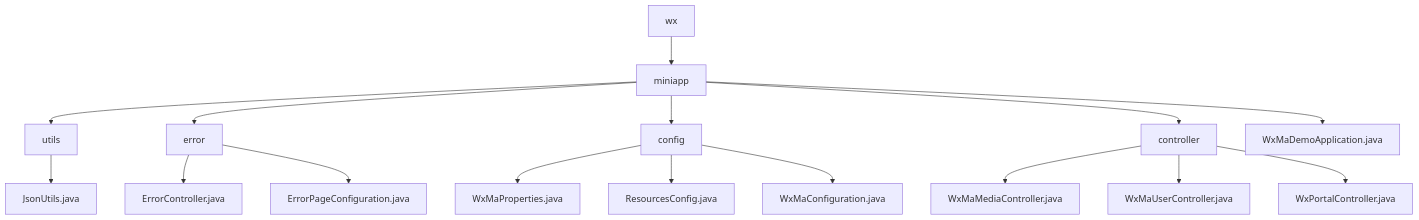
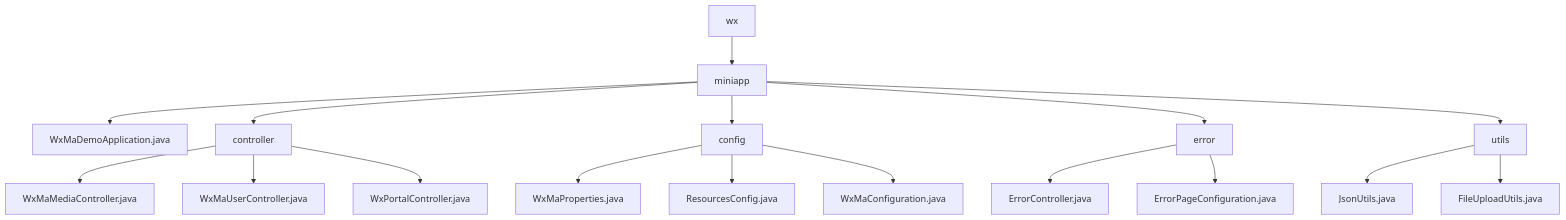
Before and after one commit to v-wjrong/imrrong_weixin-java-miniapp-demo: the diagram in docs/en/docs/src/main/java/com/github/binarywang/demo/wx/_module.md, drawn with Mermaid. The commit also changed other lines of this file and 37 other files, not shown here.

````diff
--- a/docs/en/docs/src/main/java/com/github/binarywang/demo/wx/_module.md
+++ b/docs/en/docs/src/main/java/com/github/binarywang/demo/wx/_module.md
@@ -22,18 +22,19 @@
 ```mermaid
 graph TD
     wx --> miniapp
+    miniapp --> WxMaDemoApplication.java
+    miniapp --> controller
+    miniapp --> config
+    miniapp --> error
     miniapp --> utils
-    miniapp --> error
-    miniapp --> config
-    miniapp --> controller
-    miniapp --> WxMaDemoApplication.java
-    utils --> JsonUtils.java
-    error --> ErrorController.java
-    error --> ErrorPageConfiguration.java
+    controller --> WxMaMediaController.java
+    controller --> WxMaUserController.java
+    controller --> WxPortalController.java
     config --> WxMaProperties.java
     config --> ResourcesConfig.java
     config --> WxMaConfiguration.java
-    controller --> WxMaMediaController.java
-    controller --> WxMaUserController.java
-    controller --> WxPortalController.java
+    error --> ErrorController.java
+    error --> ErrorPageConfiguration.java
+    utils --> JsonUtils.java
+    utils --> FileUploadUtils.java
 ```
````
